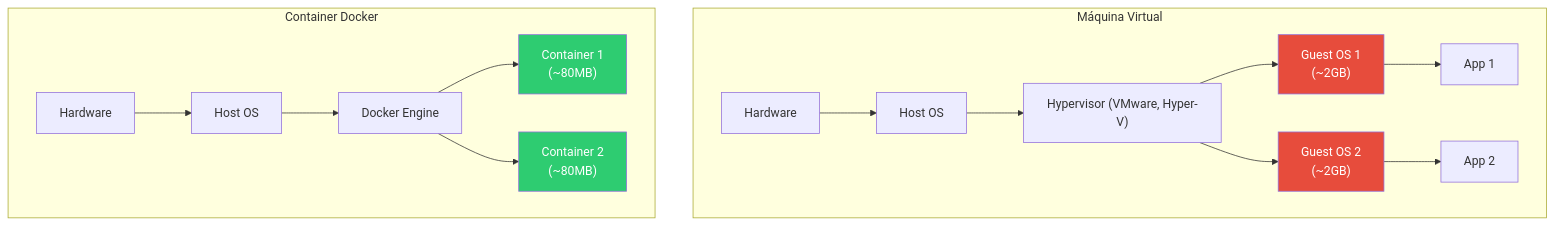
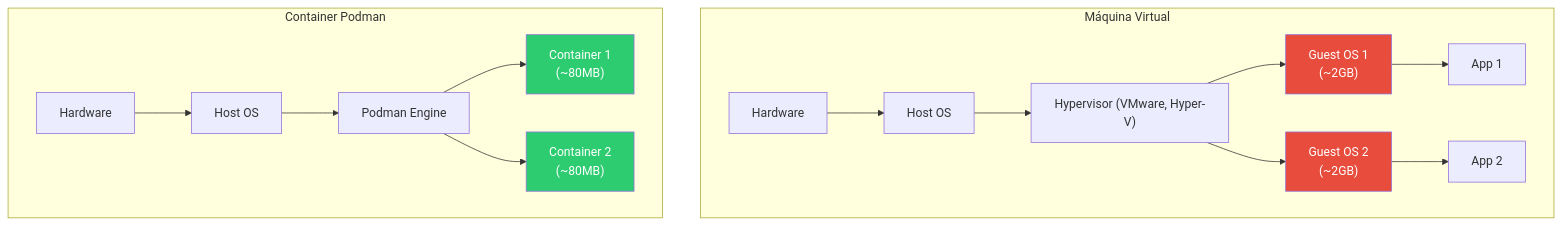
One commit to deusemarjunior/trein-java-intermed changed the second of 5 diagrams in dia-07/slide-02.md. Above: the diagram before and after it, drawn with Mermaid. The commit also changed other lines of this file and 100 other files, not shown here.

Commit message:
removendo docker adicionando podman

````diff
--- a/dia-07/slide-02.md
+++ b/dia-07/slide-02.md
@@ -35,33 +35,33 @@
 ```mermaid
 graph TB
     subgraph "Máquina Virtual"
         VM_HW["Hardware"]
         VM_HOS["Host OS"]
         VM_HYP["Hypervisor (VMware, Hyper-V)"]
         VM_OS1["Guest OS 1<br/>(~2GB)"]
         VM_OS2["Guest OS 2<br/>(~2GB)"]
         VM_APP1["App 1"]
         VM_APP2["App 2"]
 
         VM_HW --> VM_HOS --> VM_HYP
         VM_HYP --> VM_OS1 --> VM_APP1
         VM_HYP --> VM_OS2 --> VM_APP2
     end
 
-    subgraph "Container Docker"
+    subgraph "Container Podman"
         D_HW["Hardware"]
         D_HOS["Host OS"]
-        D_ENG["Docker Engine"]
+        D_ENG["Podman Engine"]
         D_C1["Container 1<br/>(~80MB)"]
         D_C2["Container 2<br/>(~80MB)"]
 
         D_HW --> D_HOS --> D_ENG
         D_ENG --> D_C1
         D_ENG --> D_C2
     end
 
     style VM_OS1 fill:#e74c3c,color:#fff
     style VM_OS2 fill:#e74c3c,color:#fff
     style D_C1 fill:#2ecc71,color:#fff
     style D_C2 fill:#2ecc71,color:#fff
 ```
````
